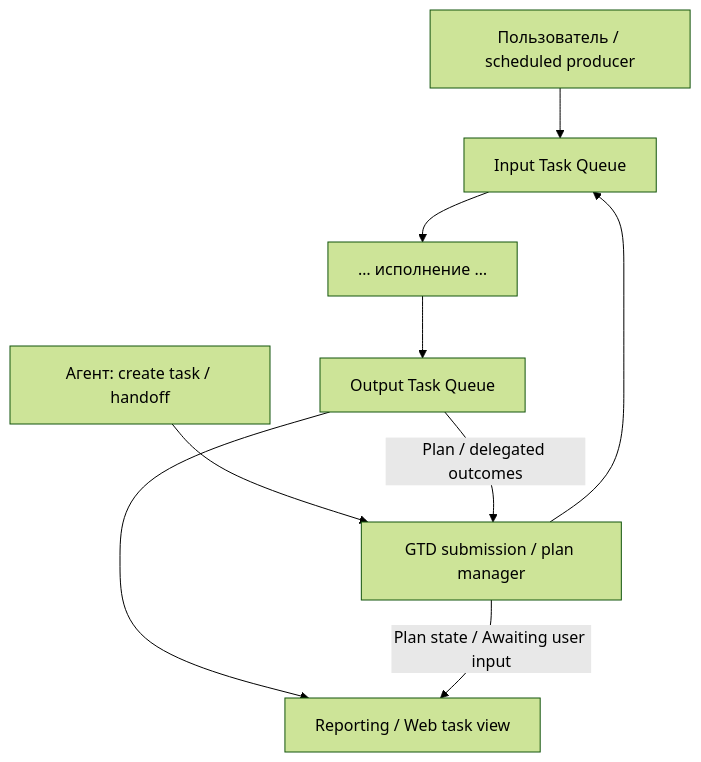
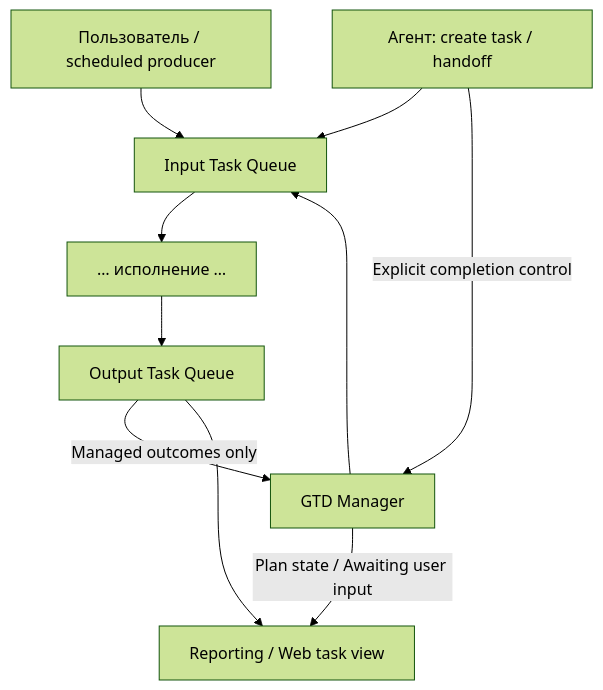
One commit to trained-assist/trained-agent-architecture changed the diagram in PLAYBOOKS-VS-GETTING-THINGS-DONE-BOUNDARIES.md. Above: the diagram before and after it, drawn with Mermaid (forest theme). The commit also changed other lines of this file, not shown here.

Commit message:
docs: make GTD opt-in and keep task submission outside control loops

````diff
--- a/PLAYBOOKS-VS-GETTING-THINGS-DONE-BOUNDARIES.md
+++ b/PLAYBOOKS-VS-GETTING-THINGS-DONE-BOUNDARIES.md
@@ -116,11 +137,12 @@
 ```mermaid
 flowchart TD
   U["Пользователь / scheduled producer"] --> I["Input Task Queue"]
-  A["Агент: create task / handoff"] --> G["GTD submission / plan manager"]
+  A["Агент: create task / handoff"] --> I
+  A -->|"Explicit completion control"| G["GTD Manager"]
   G --> I
   I --> X["… исполнение …"]
   X --> O["Output Task Queue"]
-  O -->|"Plan / delegated outcomes"| G
+  O -->|"Managed outcomes only"| G
   O --> R["Reporting / Web task view"]
   G -->|"Plan state / Awaiting user input"| R
 ```
````
